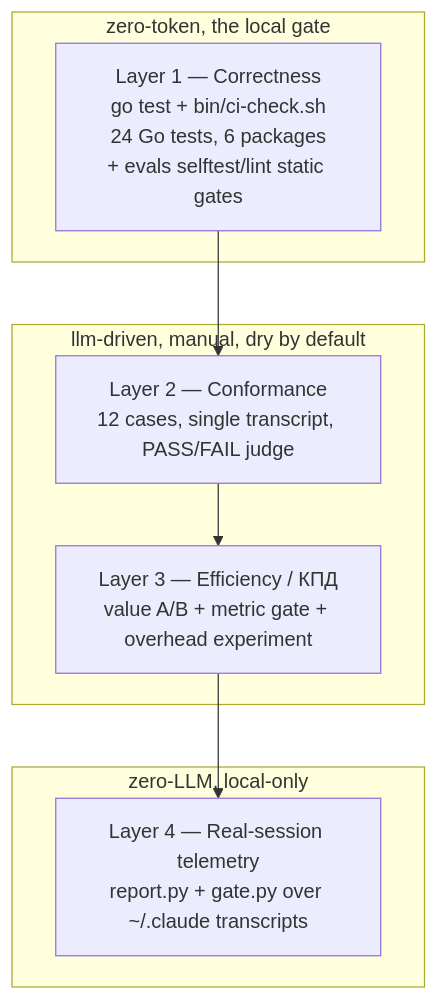
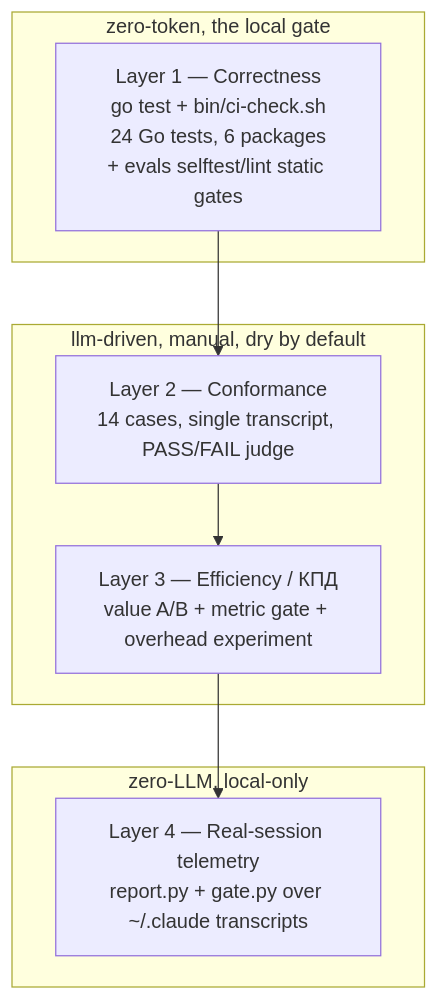
Before and after one commit to Tsurai7/agentic-toolset: the diagram in TESTING.md, drawn with Mermaid. The commit also changed other lines of this file and 3 other files, not shown here.

````diff
--- a/TESTING.md
+++ b/TESTING.md
@@ -39,16 +39,16 @@
 ```mermaid
 graph TD
     subgraph "zero-token, the local gate"
         L1["Layer 1 — Correctness<br/>go test + bin/ci-check.sh<br/>24 Go tests, 6 packages<br/>+ evals selftest/lint static gates"]
     end
     subgraph "llm-driven, manual, dry by default"
-        L2["Layer 2 — Conformance<br/>12 cases, single transcript, PASS/FAIL judge"]
+        L2["Layer 2 — Conformance<br/>14 cases, single transcript, PASS/FAIL judge"]
         L3["Layer 3 — Efficiency / КПД<br/>value A/B + metric gate + overhead experiment"]
     end
     subgraph "zero-LLM, local-only"
         L4["Layer 4 — Real-session telemetry<br/>report.py + gate.py over ~/.claude transcripts"]
     end
     L1 --> L2
     L2 --> L3
     L3 --> L4
 ```
````
